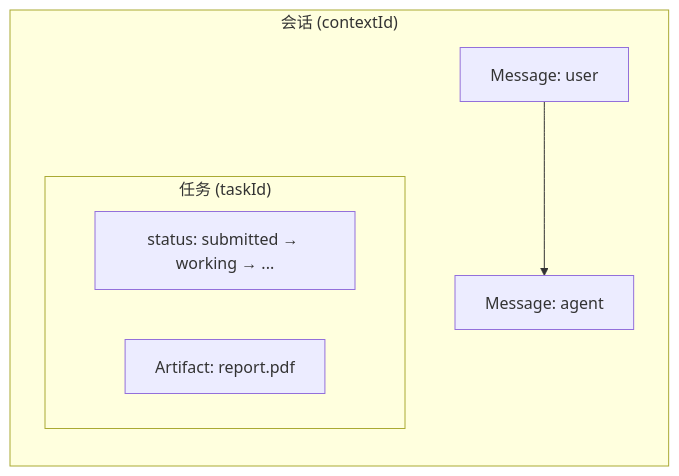
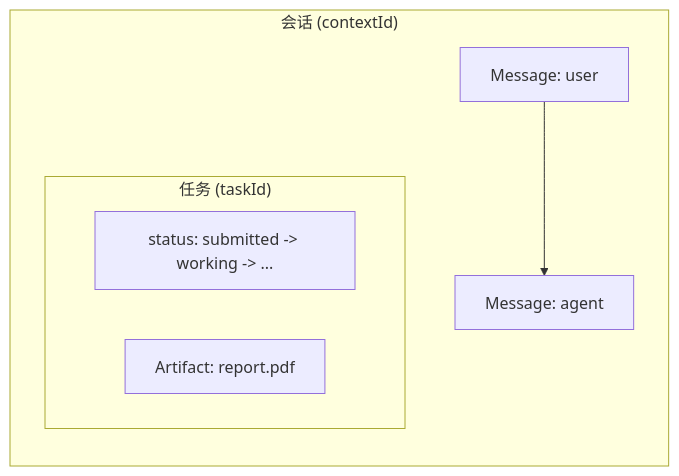
One commit to trpc-group/trpc-a2a-go changed the first of 7 diagrams in docs/mkdocs/zh/protocol.md. Above: the diagram before and after it, drawn with Mermaid. The commit also changed 5 other files, not shown here.

````diff
--- a/docs/mkdocs/zh/protocol.md
+++ b/docs/mkdocs/zh/protocol.md
@@ -38,10 +38,10 @@
 ```mermaid
 flowchart LR
     subgraph Conversation["会话 (contextId)"]
-        M1[Message: user] --> M2[Message: agent]
+        M1["Message: user"] --> M2["Message: agent"]
         subgraph Task["任务 (taskId)"]
-            S[status: submitted → working → ...]
-            A1[Artifact: report.pdf]
+            S["status: submitted -> working -> ..."]
+            A1["Artifact: report.pdf"]
         end
     end
 ```
````
